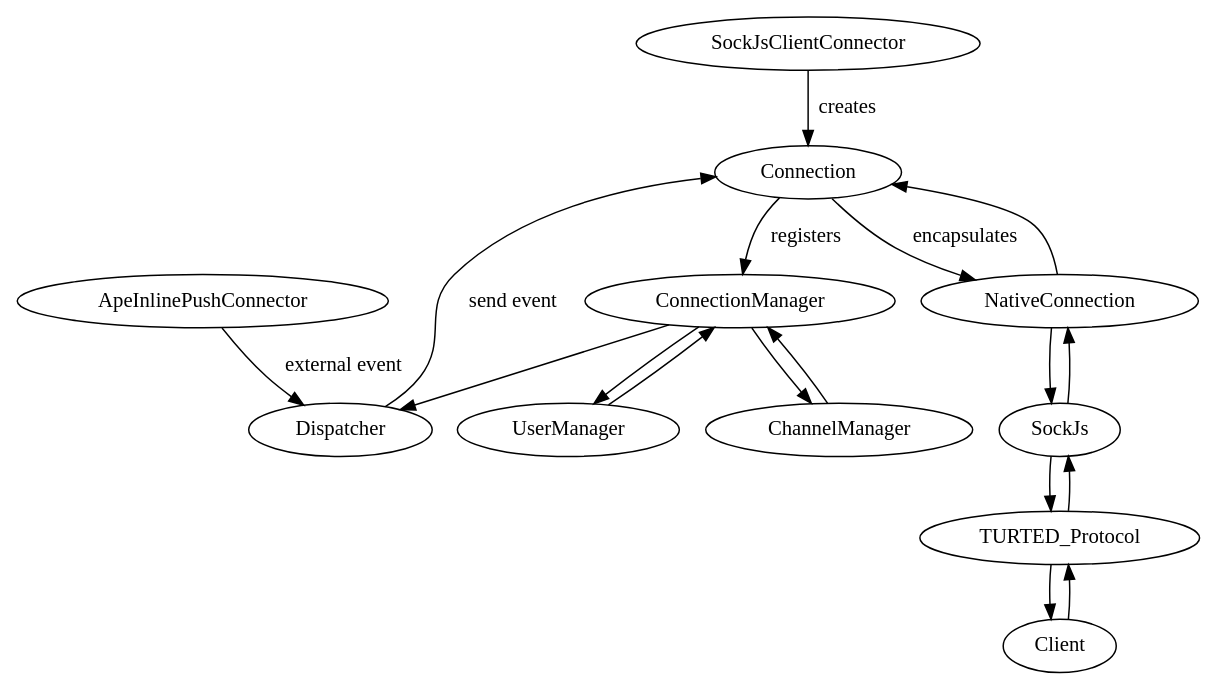
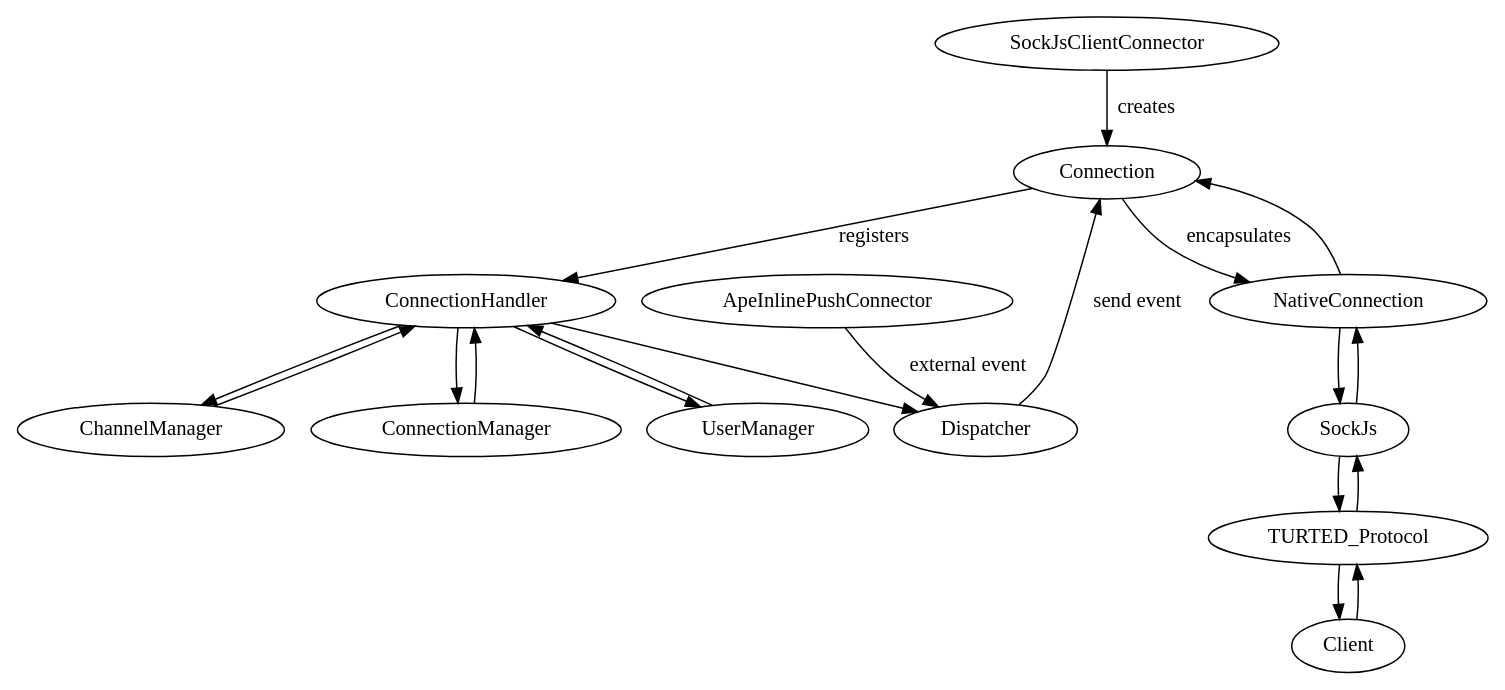
One commit to TURTED/TURTED_node changed the diagram in flow.gv. Above: the diagram before and after it, drawn with Graphviz. The commit also changed 14 other files, not shown here.

Commit message:
Refactored to introduce a central ConnectionHandler

```diff
--- a/flow.gv
+++ b/flow.gv
@@ -1,26 +1,29 @@
 digraph Objects {
 
-	Connection -> ConnectionManager [label="registers"]
+	Connection -> ConnectionHandler [label="registers"]
 
 	SockJsClientConnector	-> Connection [label="creates"]
 
 	Connection -> NativeConnection [label="encapsulates"]
 	NativeConnection -> Connection
 
 	Client -> TURTED_Protocol
 	TURTED_Protocol -> Client
 	TURTED_Protocol -> SockJs
 	SockJs -> TURTED_Protocol
 	SockJs -> NativeConnection
 	NativeConnection -> SockJs
 
-	ConnectionManager ->Dispatcher
-	UserManager ->ConnectionManager
-	ConnectionManager ->UserManager
-	ChannelManager ->ConnectionManager
-	ConnectionManager ->ChannelManager
+	ConnectionHandler -> ConnectionManager
+	ConnectionHandler -> UserManager
+	ConnectionHandler -> ChannelManager
+
+	ConnectionHandler ->Dispatcher
+	UserManager ->ConnectionHandler
+	ChannelManager ->ConnectionHandler
+	ConnectionManager ->ConnectionHandler
 
 	ApeInlinePushConnector -> Dispatcher [label="external event"]
 
 	Dispatcher -> Connection [label="send event"]
 }
```
